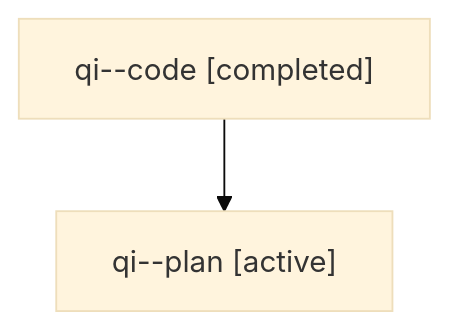
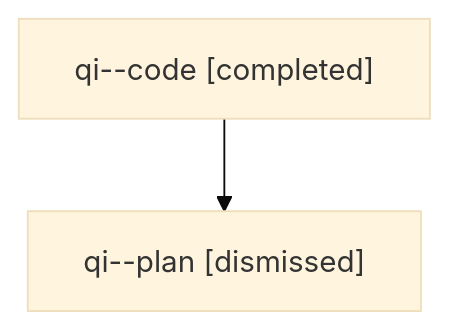
One commit to sase-org/sase--agents changed the diagram in sessions/bbugyi200.athena.qi.md. Above: the diagram before and after it, drawn with Mermaid (base theme). The commit also changed other lines of this file and 36 other files, not shown here.

````diff
--- a/sessions/bbugyi200.athena.qi.md
+++ b/sessions/bbugyi200.athena.qi.md
@@ -9,6 +9,6 @@
 ```mermaid
 flowchart TD
   n0["qi--code [completed]"]
-  n1["qi--plan [active]"]
+  n1["qi--plan [dismissed]"]
   n0 --> n1
 ```
````
